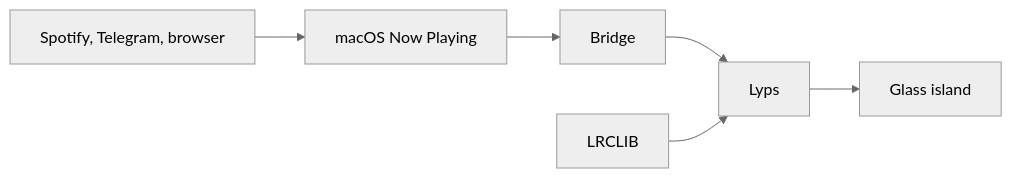
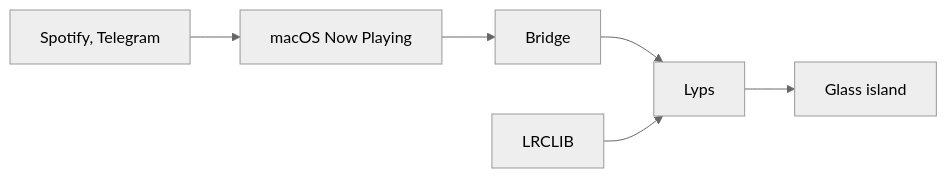
Before and after one commit to ausdavoud/lyps: the diagram in README.md, drawn with Mermaid (neutral theme). The commit also changed other lines of this file and 17 other files, not shown here.

````diff
--- a/README.md
+++ b/README.md
@@ -117,8 +118,8 @@
 ```mermaid
 flowchart LR
-    A["Spotify, Telegram, browser"] --> B["macOS Now Playing"]
+    A["Spotify, Telegram"] --> B["macOS Now Playing"]
     B --> C["Bridge"]
     C --> D["Lyps"]
     E["LRCLIB"] --> D
     D --> F["Glass island"]
 ```
````
